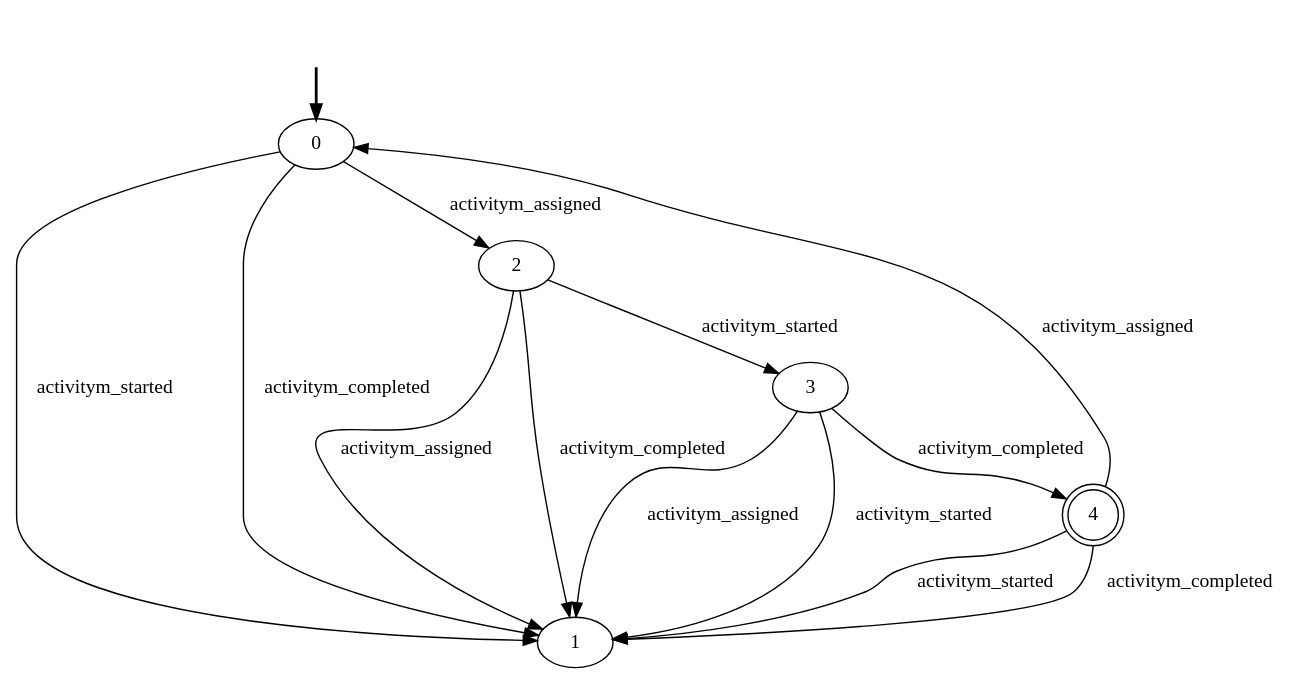
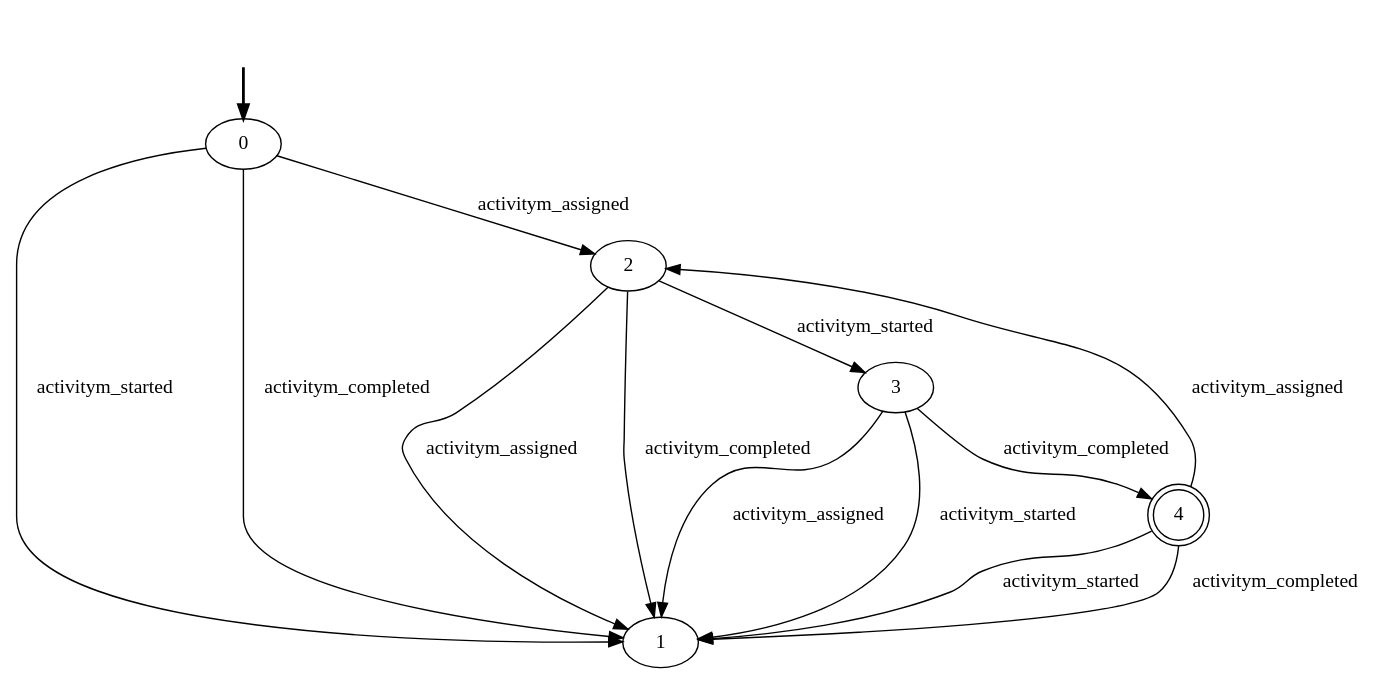
The diagram in Plan-based_Data_Aware_Declarative_Conf_Checker/resources/declarative-models/Data-Aware/5-CONSTRAINTS/activitym_lifecycle.dot (GianmarcoBordin/pddlTranslator), drawn with Graphviz before and after one commit. The commit also changed 78 other files, not shown here.

```diff
--- a/Plan-based_Data_Aware_Declarative_Conf_Checker/resources/declarative-models/Data-Aware/5-CONSTRAINTS/activitym_lifecycle.dot
+++ b/Plan-based_Data_Aware_Declarative_Conf_Checker/resources/declarative-models/Data-Aware/5-CONSTRAINTS/activitym_lifecycle.dot
@@ -1,21 +1,21 @@
 digraph {
 		fake0 [style=invisible]
 		0 [root=true]
+		1
 		2
 		3
 		4 [shape=doublecircle]
-		1
 		fake0 -> 0 [style=bold]
-		0 -> 2 [label=activitym_assigned]
+		2 -> 1 [label=activitym_assigned]
 		2 -> 3 [label=activitym_started]
-		3 -> 4 [label=activitym_completed]
-		4 -> 0 [label=activitym_assigned]
+		2 -> 1 [label=activitym_completed]
 		3 -> 1 [label=activitym_assigned]
 		3 -> 1 [label=activitym_started]
+		3 -> 4 [label=activitym_completed]
+		4 -> 2 [label=activitym_assigned]
 		4 -> 1 [label=activitym_started]
 		4 -> 1 [label=activitym_completed]
-		2 -> 1 [label=activitym_assigned]
-		2 -> 1 [label=activitym_completed]
+		0 -> 2 [label=activitym_assigned]
 		0 -> 1 [label=activitym_started]
 		0 -> 1 [label=activitym_completed]
 }
```
